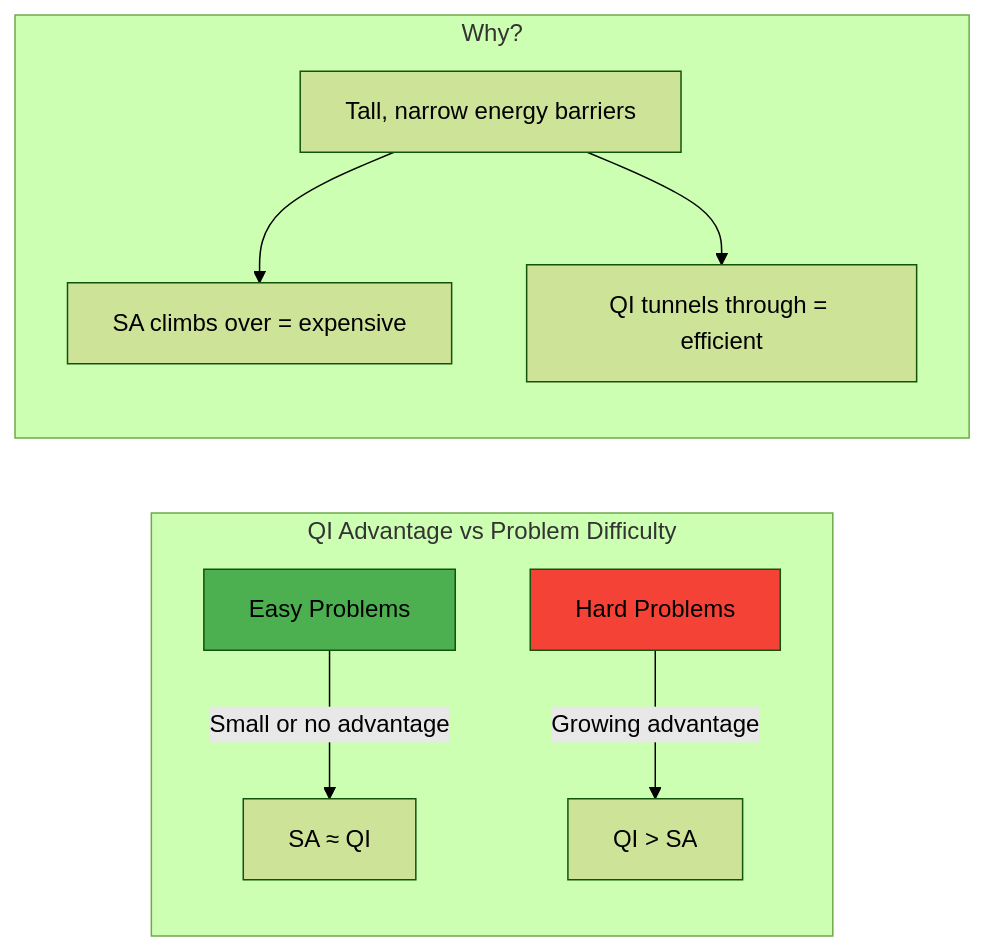
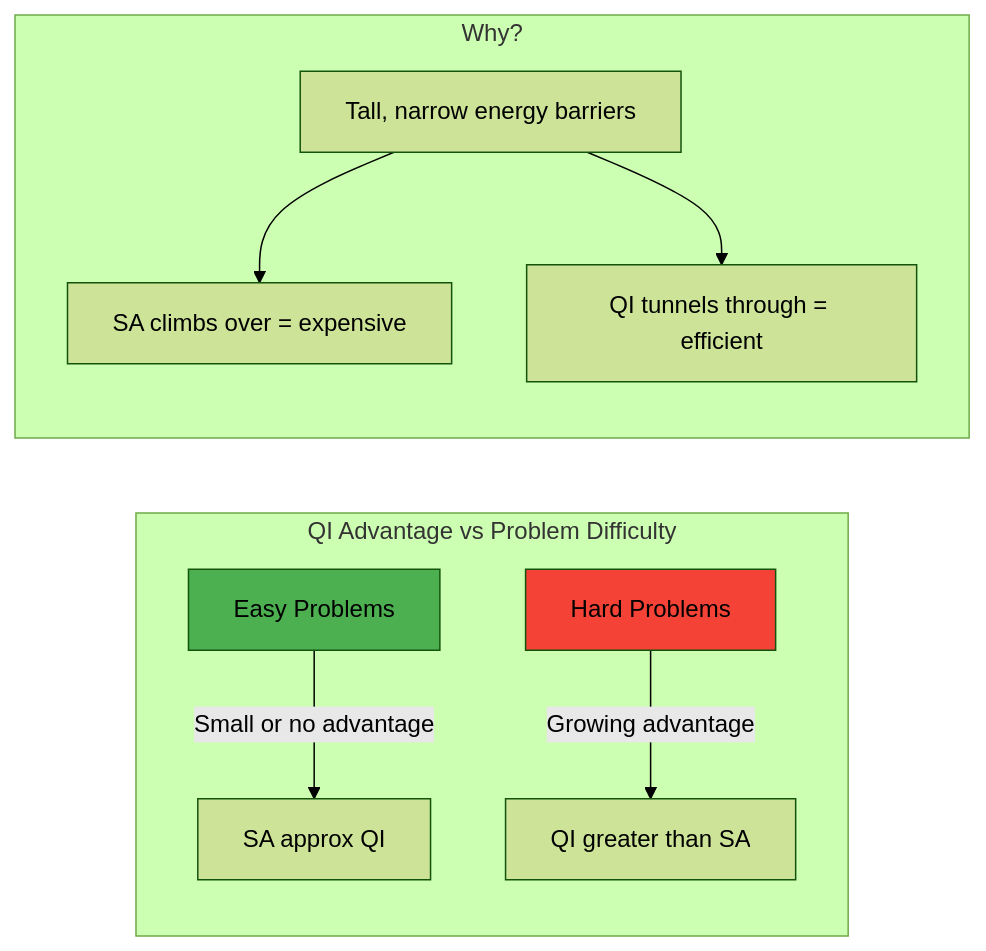
The second of 4 diagrams in ACCURACY_REPORT.md (fmacpro/qbit), drawn with Mermaid (forest theme) before and after one commit. The commit also changed other lines of this file, not shown here.

First line of the commit message:
Fix Mermaid diagrams for GitHub compatibility

````diff
--- a/ACCURACY_REPORT.md
+++ b/ACCURACY_REPORT.md
@@ -146,15 +146,15 @@
 ```mermaid
 graph LR
     subgraph "QI Advantage vs Problem Difficulty"
-        A[Easy Problems] -->|Small or no advantage| B[SA ≈ QI]
-        C[Hard Problems] -->|Growing advantage| D[QI > SA]
+        A["Easy Problems"] -->|"Small or no advantage"| B["SA approx QI"]
+        C["Hard Problems"] -->|"Growing advantage"| D["QI greater than SA"]
     end
     
     subgraph "Why?"
-        E[Tall, narrow energy barriers] --> F[SA climbs over = expensive]
-        E --> G[QI tunnels through = efficient]
+        E["Tall, narrow energy barriers"] --> F["SA climbs over = expensive"]
+        E --> G["QI tunnels through = efficient"]
     end
     
     style A fill:#4CAF50
     style C fill:#f44336
 ```
````
